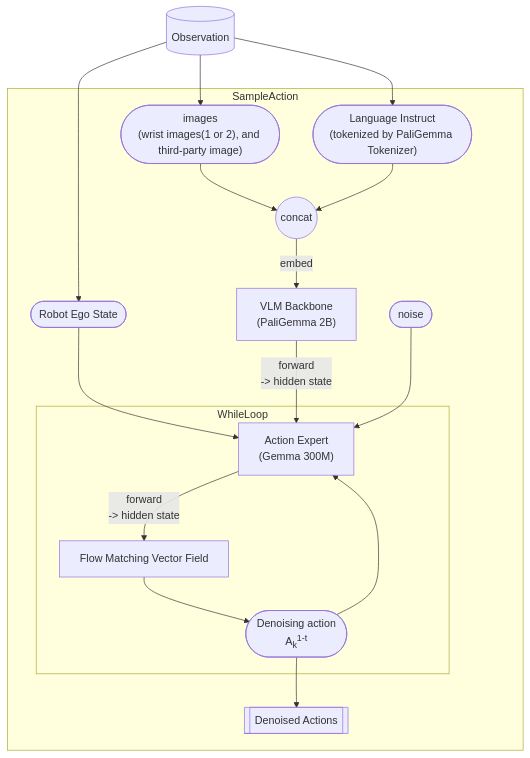
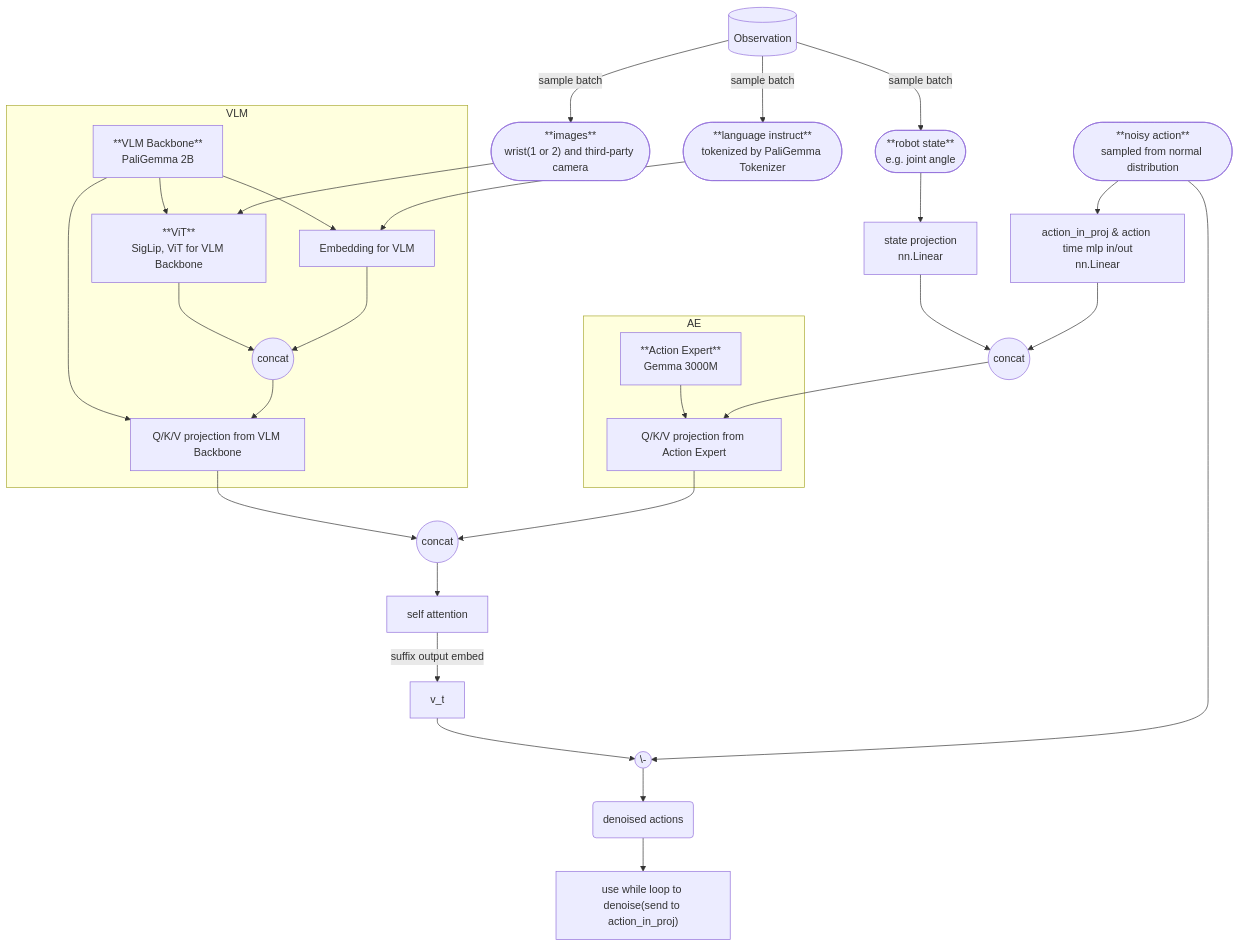
The second of 2 diagrams in Paper/pi0.md (TropinoneH/knowledge_base), drawn with Mermaid before and after one commit. The commit also changed other lines of this file and 7 other files, not shown here.

````diff
--- a/Paper/pi0.md
+++ b/Paper/pi0.md
@@ -81,39 +97,56 @@
 ```mermaid
 graph TD
 
-a[(Observation)]
 
-b(["images<br>(wrist images(1 or 2), and third-party image)"])
-c(["Language Instruct<br>(tokenized by PaliGemma Tokenizer)"])
-d(["Robot Ego State"])
+dataset[(Observation)]
 
-e["VLM Backbone<br>(PaliGemma 2B)"]
-f["Action Expert<br>(Gemma 300M)"]
-g["Flow Matching Vector Field"]
+cat1(("concat"))
+cat2(("concat"))
+cat3(("concat"))
 
-h((concat))
+image(["**images**<br>wrist(1 or 2) and third-party camera"])
+instruct(["**language instruct**<br>tokenized by PaliGemma Tokenizer"])
+state(["**robot state**<br>e.g. joint angle"])
 
-j([noise])
-k(["Denoising action<br>A<sub>k</sub><sup>1-t</sup>"])
-l[["Denoised Actions"]]
 
-a-->b
-a-->c
-a-->d
+noise(["**noisy action**<br>sampled from normal distribution"])
 
-subgraph SampleAction
-    b-->h
-    c-->h
-    d-->f
-    h-->|embed|e
-    e-->|forward<br>-> hidden state|f
-	
-	j-->f
-    subgraph WhileLoop
-	    f-->|forward<br>-> hidden state|g
-	    g-->k
-	    k-->f
-	end
-	k-->l
+dataset-->|sample batch|image
+dataset-->|sample batch|instruct
+dataset-->|sample batch|state
+state-->state_proj["state projection<br>nn.Linear"]-->cat2
+
+vlm["**VLM Backbone**<br>PaliGemma 2B"]
+vlm_weight["Q/K/V projection from VLM Backbone"]
+vit["**ViT**<br>SigLip, ViT for VLM Backbone"]
+vlm_embed["Embedding for VLM"]
+ae["**Action Expert**<br>Gemma 3000M"]
+ae_weight["Q/K/V projection from Action Expert"]
+
+subgraph VLM
+	vlm-->vit
+	vlm-->vlm_embed
+	cat1
+	vlm-->vlm_weight
 end
+
+subgraph AE
+	ae-->ae_weight
+end
+
+
+image-->vit
+instruct-->vlm_embed
+vit-->cat1(("concat"))
+vlm_embed-->cat1
+cat1-->vlm_weight
+
+noise-->act_proj["action_in_proj & action time mlp in/out<br>nn.Linear"]-->cat2-->ae_weight
+
+vlm_weight-->cat3
+ae_weight-->cat3
+cat3-->sa["self attention"]
+sa-->|suffix output embed|v_t
+v_t-->minus(("\-"))
+noise-->minus-->da(denoised actions)-->l["use while loop to denoise(send to action_in_proj)"]
 ```
````
